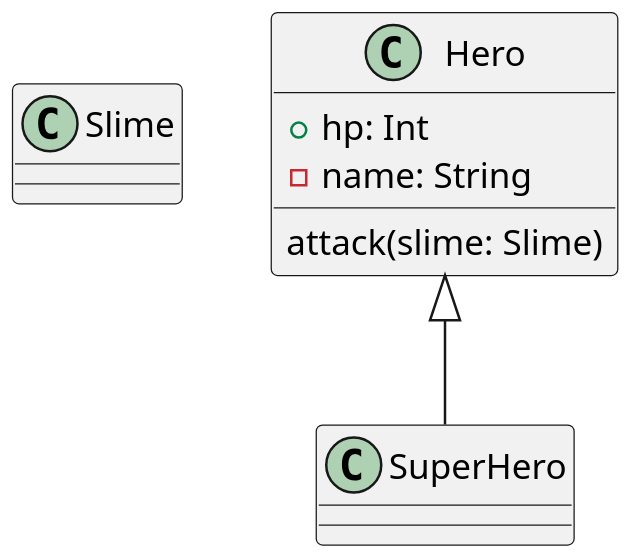
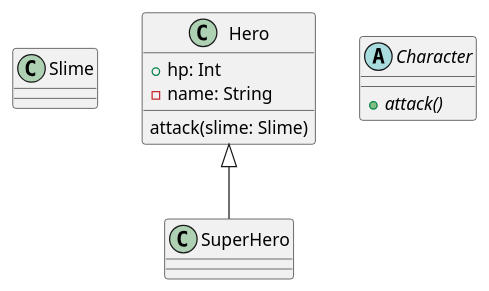
Before and after one commit to SurvivalCodingCampus/winter_kotlin_lecture: the diagram in src/main/kotlin/day06/Game.puml, drawn with PlantUML. The commit also changed 1 other file, not shown here.

```diff
--- a/src/main/kotlin/day06/Game.puml
+++ b/src/main/kotlin/day06/Game.puml
@@ -1,18 +1,20 @@
 @startuml
 'https://plantuml.com/class-diagram
-
-scale 2
 
 class Slime
 
 
 class Hero {
     + hp: Int
     - name: String
 
     attack(slime: Slime)
 }
 
 class SuperHero extends Hero
 
+abstract class Character {
+    {abstract} +attack()
+}
+
 @enduml
```
